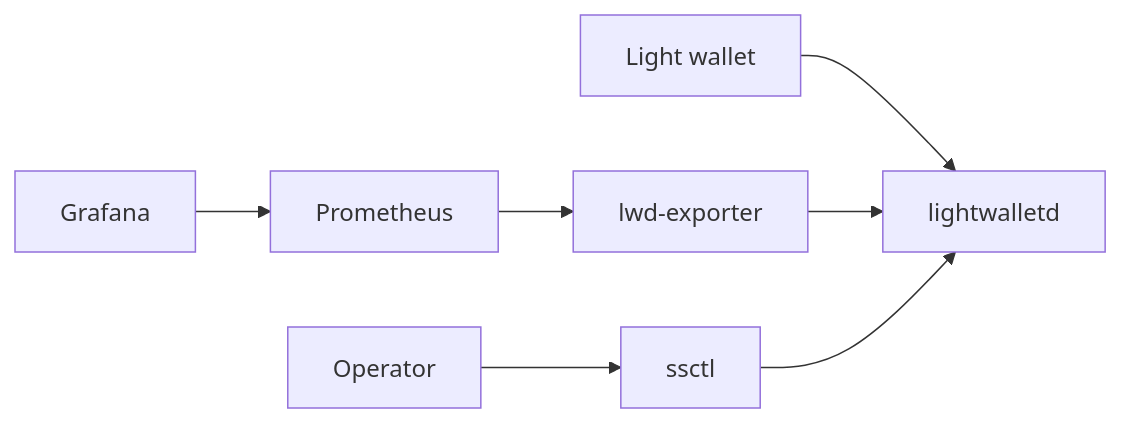
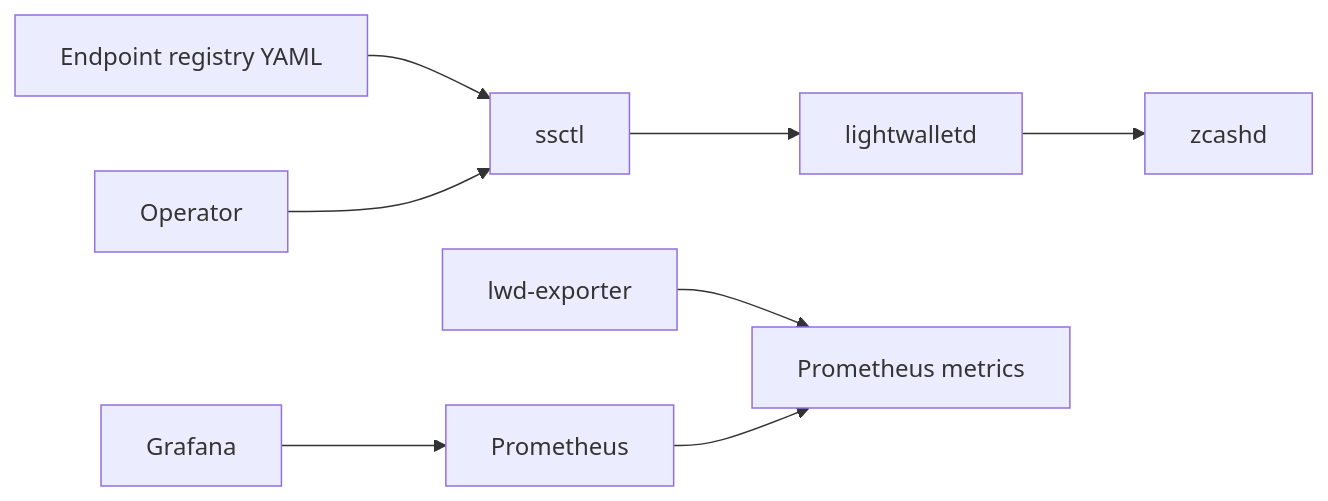
The diagram in docs/architecture.md (FidelCoder/shielded-stack), drawn with Mermaid before and after one commit. The commit also changed other lines of this file and 10 other files, not shown here.

````diff
--- a/docs/architecture.md
+++ b/docs/architecture.md
@@ -14,9 +14,10 @@
 ```mermaid
 flowchart LR
-  Wallet[Light wallet] --> LWD[lightwalletd]
-  Exporter[lwd-exporter] --> LWD
-  Prometheus[Prometheus] --> Exporter
+  Registry[Endpoint registry YAML] --> SSCTL[ssctl]
+  Operator[Operator] --> SSCTL
+  SSCTL --> LWD[lightwalletd]
+  LWD --> Zcashd[zcashd]
+  Exporter[lwd-exporter] --> Metrics[Prometheus metrics]
+  Prometheus[Prometheus] --> Metrics
   Grafana[Grafana] --> Prometheus
-  Operator[Operator] --> SSCTL[ssctl]
-  SSCTL --> LWD
 ```
````
